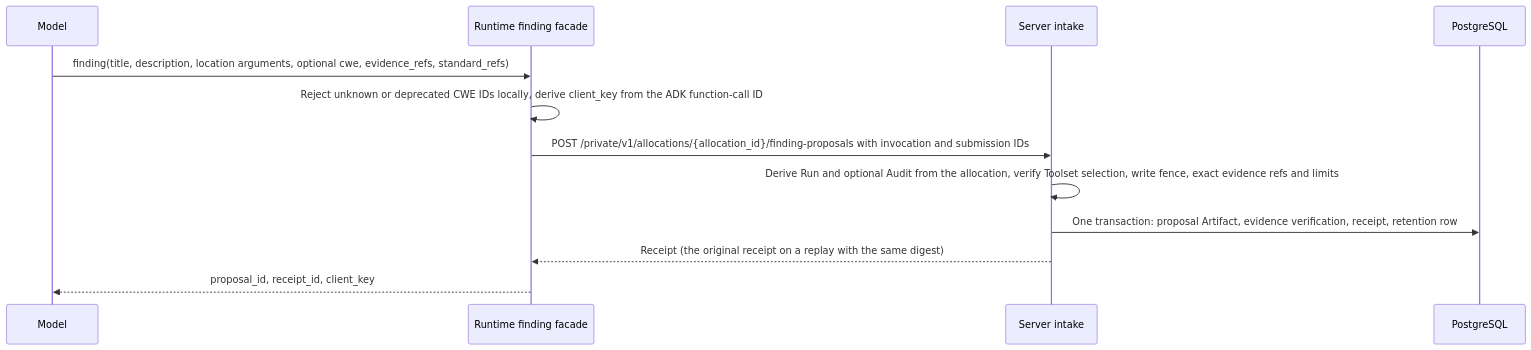
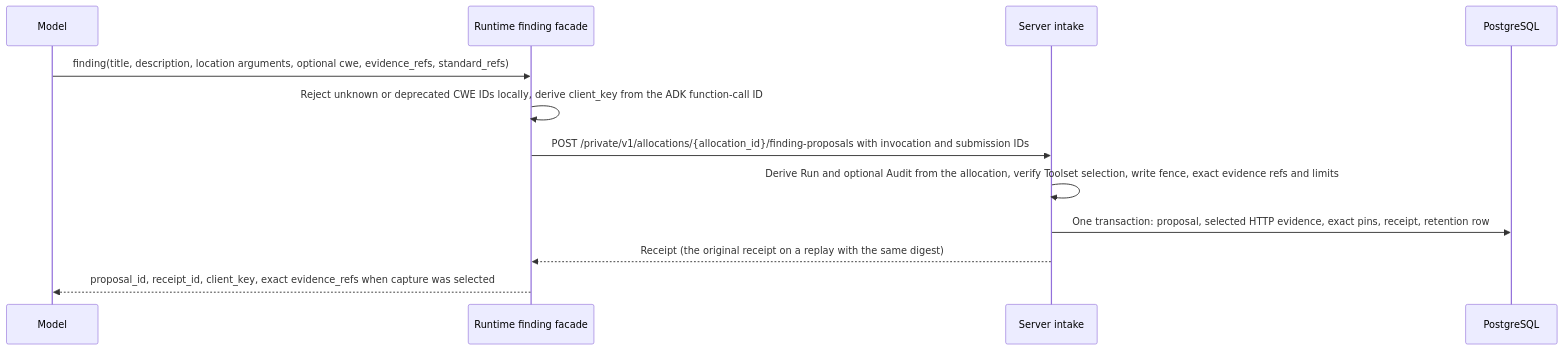
The second of 3 diagrams in docs/spec/findings/findings.md (grauwolf32/contractor), drawn with Mermaid before and after one commit. The commit also changed other lines of this file and 49 other files, not shown here.

First line of the commit message:
feat(http): retain only finding-selected exchanges

````diff
--- a/docs/spec/findings/findings.md
+++ b/docs/spec/findings/findings.md
@@ -494,14 +526,14 @@
 ```mermaid
 sequenceDiagram
     participant M as Model
     participant R as Runtime finding facade
     participant S as Server intake
     participant DB as PostgreSQL
     M->>R: finding(title, description, location arguments, optional cwe, evidence_refs, standard_refs)
     R->>R: Reject unknown or deprecated CWE IDs locally, derive client_key from the ADK function-call ID
     R->>S: POST /private/v1/allocations/{allocation_id}/finding-proposals with invocation and submission IDs
     S->>S: Derive Run and optional Audit from the allocation, verify Toolset selection, write fence, exact evidence refs and limits
-    S->>DB: One transaction: proposal Artifact, evidence verification, receipt, retention row
+    S->>DB: One transaction: proposal, selected HTTP evidence, exact pins, receipt, retention row
     S-->>R: Receipt (the original receipt on a replay with the same digest)
-    R-->>M: proposal_id, receipt_id, client_key
+    R-->>M: proposal_id, receipt_id, client_key, exact evidence_refs when capture was selected
 ```
````
